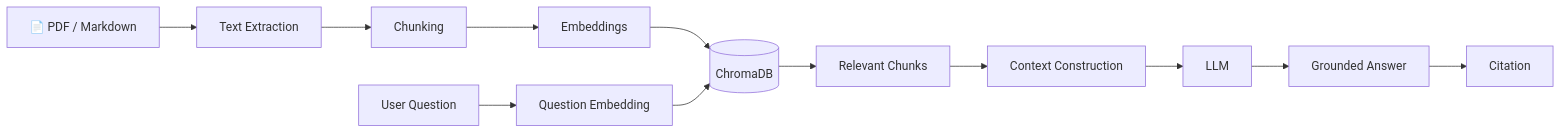
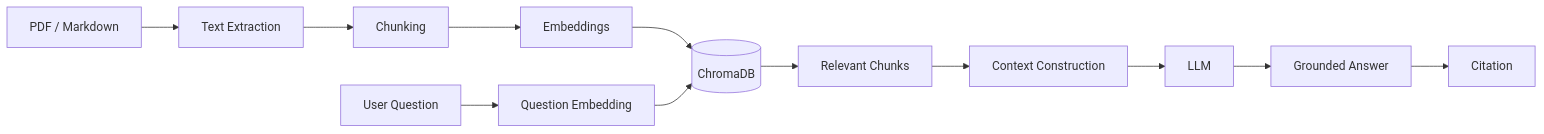
Before and after one commit to Devputta/Open-Sourec--Project-Zip-files: the second of 7 diagrams in README.md, drawn with Mermaid. The commit also changed other lines of this file, not shown here.

````diff
--- a/README.md
+++ b/README.md
@@ -107,31 +100,31 @@
 ```mermaid
 flowchart LR
 
-    A[📄 PDF / Markdown]
+    A[PDF / Markdown]
     B[Text Extraction]
     C[Chunking]
     D[Embeddings]
     E[(ChromaDB)]
 
     Q[User Question]
     QE[Question Embedding]
 
     R[Relevant Chunks]
     CTX[Context Construction]
     LLM[LLM]
     ANS[Grounded Answer]
     CIT[Citation]
 
     A --> B
     B --> C
     C --> D
     D --> E
 
     Q --> QE
     QE --> E
     E --> R
     R --> CTX
     CTX --> LLM
     LLM --> ANS
     ANS --> CIT
 ```
````
